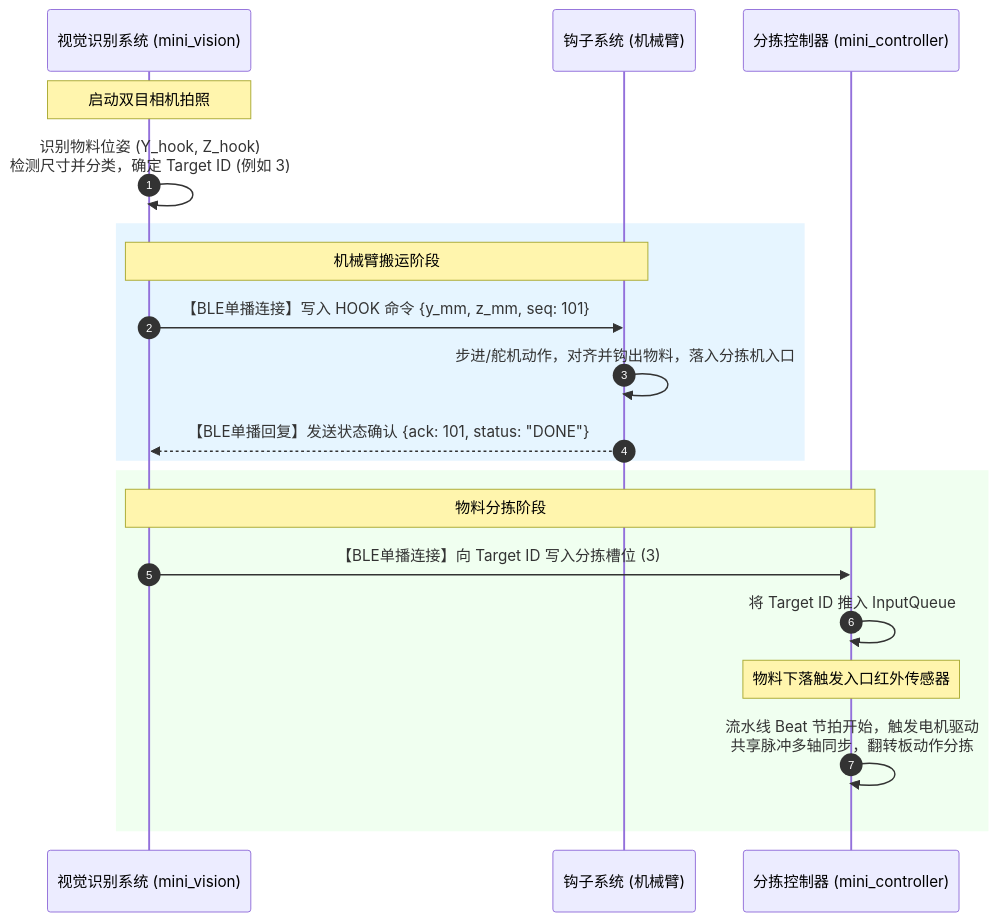
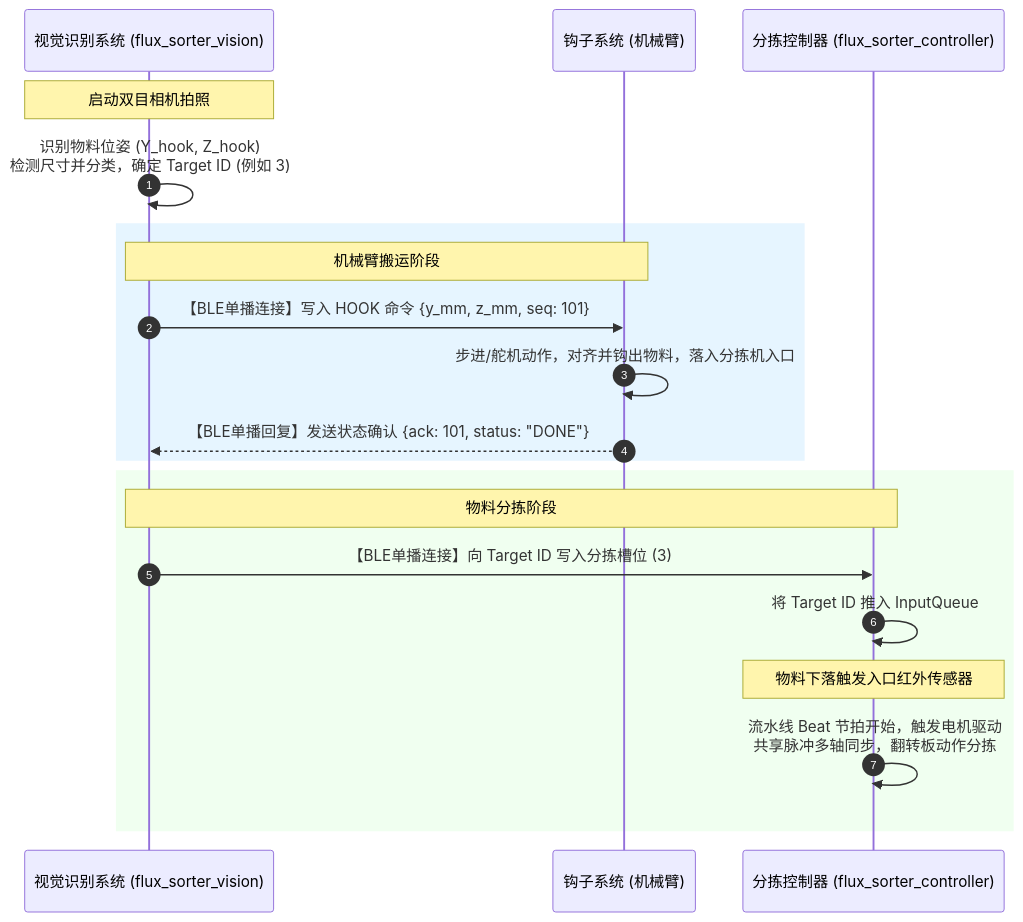
Before and after one commit to voicevon/sorter_mini_vision: the second of 2 diagrams in docs/top_level_overview.md, drawn with Mermaid. The commit also changed other lines of this file and 2 other files, not shown here.

````diff
--- a/docs/top_level_overview.md
+++ b/docs/top_level_overview.md
@@ -126,25 +146,25 @@
 ```mermaid
 sequenceDiagram
     autonumber
-    participant V as 视觉识别系统 (mini_vision)
+    participant V as 视觉识别系统 (flux_sorter_vision)
     participant H as 钩子系统 (机械臂)
-    participant S as 分拣控制器 (mini_controller)
+    participant S as 分拣控制器 (flux_sorter_controller)
     
     Note over V: 启动双目相机拍照
     V->>V: 识别物料位姿 (Y_hook, Z_hook)<br/>检测尺寸并分类，确定 Target ID (例如 3)
     
     rect rgb(230, 245, 255)
         Note over V, H: 机械臂搬运阶段
         V->>H: 【BLE单播连接】写入 HOOK 命令 {y_mm, z_mm, seq: 101}
         H->>H: 步进/舵机动作，对齐并钩出物料，落入分拣机入口
         H-->>V: 【BLE单播回复】发送状态确认 {ack: 101, status: "DONE"}
     end
     
     rect rgb(240, 255, 240)
         Note over V, S: 物料分拣阶段
         V->>S: 【BLE单播连接】向 Target ID 写入分拣槽位 (3)
         S->>S: 将 Target ID 推入 InputQueue
         Note over S: 物料下落触发入口红外传感器
         S->>S: 流水线 Beat 节拍开始，触发电机驱动<br/>共享脉冲多轴同步，翻转板动作分拣
     end
 ```
````
